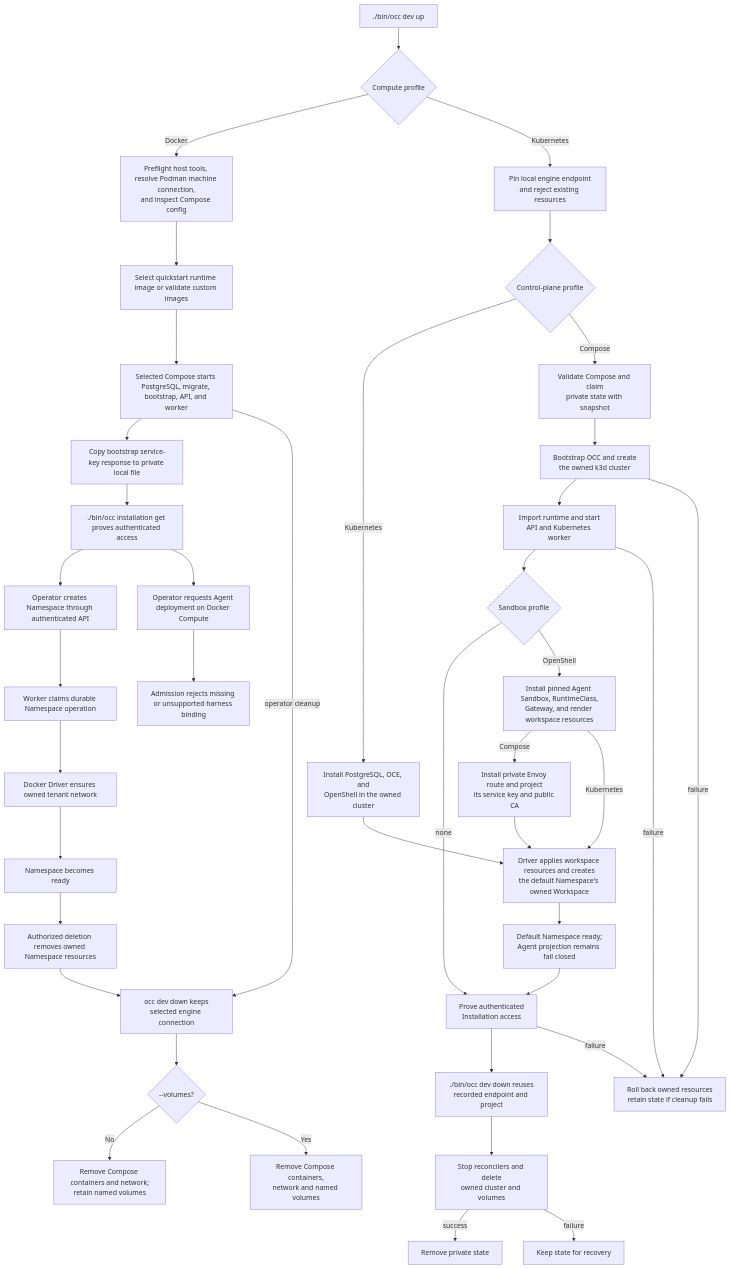
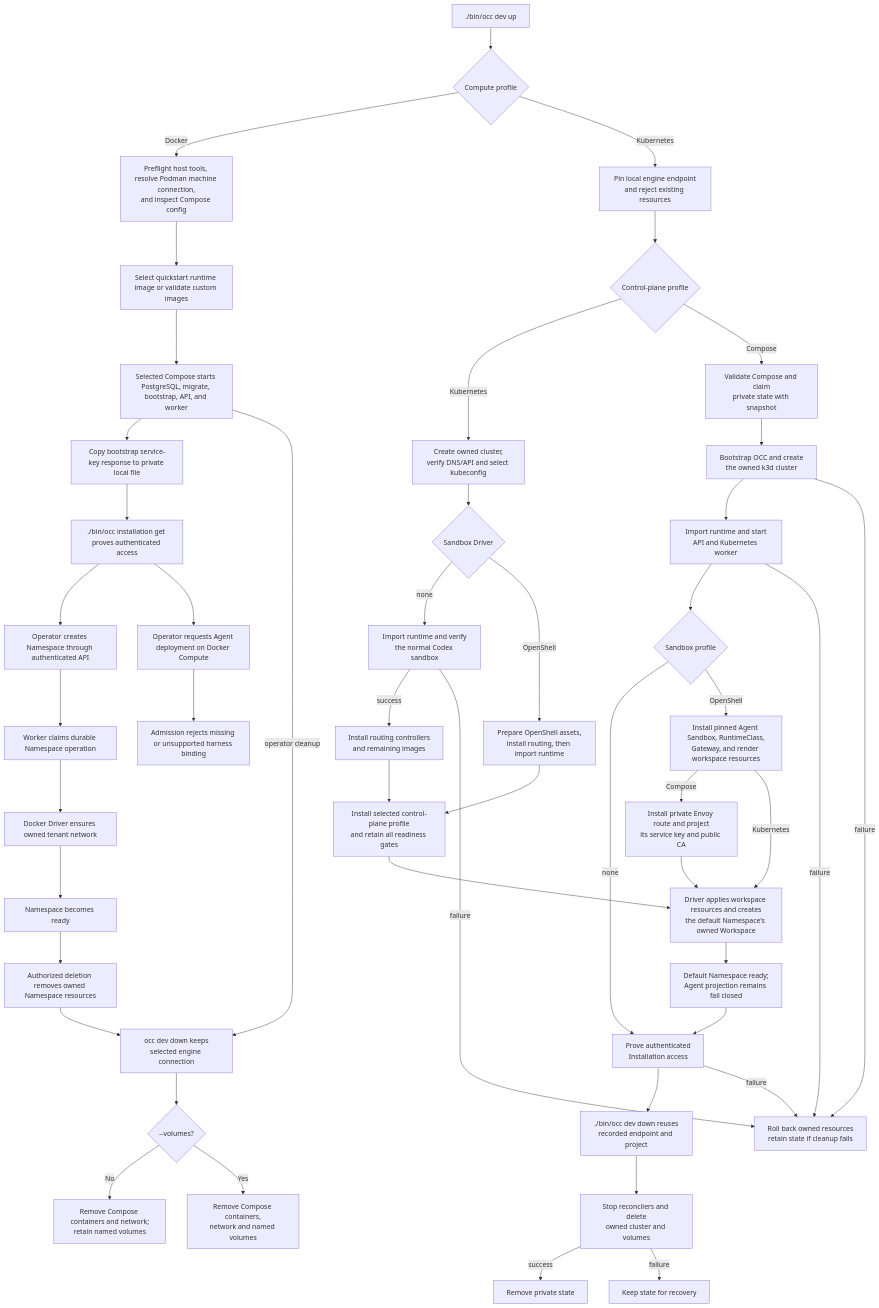
The diagram in docs/flows/docker-compose-development.md (derekwaynecarr/openclaw-enterprise), drawn with Mermaid before and after one commit. The commit also changed other lines of this file and 2 other files, not shown here.

Commit message:
fix(dev): run Codex sandbox preflight before routing

````diff
--- a/docs/flows/docker-compose-development.md
+++ b/docs/flows/docker-compose-development.md
@@ -50,44 +50,51 @@
 ```mermaid
 graph TD
   A["./bin/occ dev up"] --> Profile{"Compute profile"}
   Profile -->|Docker| B["Preflight host tools, resolve Podman machine connection,<br/>and inspect Compose config"]
   Profile -->|Kubernetes| KPre["Pin local engine endpoint<br/>and reject existing resources"]
   KPre --> KControl{"Control-plane profile"}
-  KControl -->|Kubernetes| KOnly["Install PostgreSQL, OCE, and<br/>OpenShell in the owned cluster"]
+  KControl -->|Kubernetes| KOwned["Create owned cluster,<br/>verify DNS/API and select kubeconfig"]
+  KOwned --> KDriver{"Sandbox Driver"}
+  KDriver -->|none| KCodex["Import runtime and verify<br/>the normal Codex sandbox"]
+  KCodex -->|success| KRoutingFirst["Install routing controllers<br/>and remaining images"]
+  KCodex -->|failure| KRollback
+  KDriver -->|OpenShell| KOpenFirst["Prepare OpenShell assets,<br/>install routing, then import runtime"]
+  KRoutingFirst --> KOnly["Install selected control-plane profile<br/>and retain all readiness gates"]
+  KOpenFirst --> KOnly
   KOnly --> KWorkspace
   KControl -->|Compose| KConfig["Validate Compose and claim<br/>private state with snapshot"]
   KConfig --> KStart["Bootstrap OCC and create<br/>the owned k3d cluster"]
   KStart --> KReady["Import runtime and start<br/>API and Kubernetes worker"]
   KReady --> KSandbox{"Sandbox profile"}
   KSandbox -->|none| KProof
   KSandbox -->|OpenShell| KOpenShell["Install pinned Agent Sandbox, RuntimeClass,<br/>Gateway, and render workspace resources"]
   KOpenShell -->|Compose| KRouting["Install private Envoy route and project<br/>its service key and public CA"]
   KRouting --> KWorkspace["Driver applies workspace resources and creates<br/>the default Namespace's owned Workspace"]
   KOpenShell -->|Kubernetes| KWorkspace
   KWorkspace --> KFailClosed["Default Namespace ready;<br/>Agent projection remains fail closed"]
   KFailClosed --> KProof
   KProof["Prove authenticated<br/>Installation access"]
   KProof --> KDown["./bin/occ dev down reuses<br/>recorded endpoint and project"]
   KStart -->|failure| KRollback["Roll back owned resources<br/>retain state if cleanup fails"]
   KReady -->|failure| KRollback
   KProof -->|failure| KRollback
   KDown --> KRemove["Stop reconcilers and delete<br/>owned cluster and volumes"]
   KRemove -->|success| KDone["Remove private state"]
   KRemove -->|failure| KRetain["Keep state for recovery"]
   B --> C["Select quickstart runtime image or validate custom images"]
   C --> D["Selected Compose starts PostgreSQL, migrate, bootstrap, API, and worker"]
   D --> E["Copy bootstrap service-key response to private local file"]
   E --> F["./bin/occ installation get proves authenticated access"]
   F --> G["Operator creates Namespace through authenticated API"]
   G --> H["Worker claims durable Namespace operation"]
   H --> I["Docker Driver ensures owned tenant network"]
   I --> J["Namespace becomes ready"]
   F --> K["Operator requests Agent deployment on Docker Compute"]
   K --> L["Admission rejects missing or unsupported harness binding"]
   J --> M["Authorized deletion removes owned Namespace resources"]
   D -->|operator cleanup| CDown["occ dev down keeps<br/>selected engine connection"]
   M --> CDown
   CDown --> CVolumes{"--volumes?"}
   CVolumes -->|No| CKeep["Remove Compose containers and network;<br/>retain named volumes"]
   CVolumes -->|Yes| CDelete["Remove Compose containers,<br/>network and named volumes"]
 ```
````
